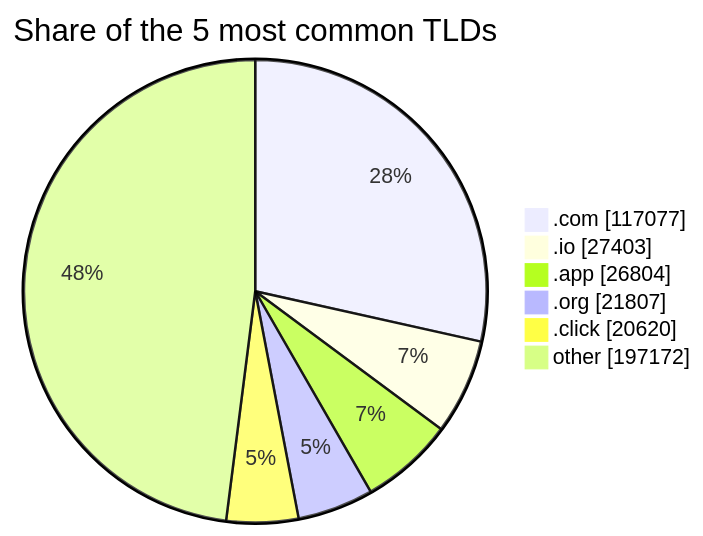
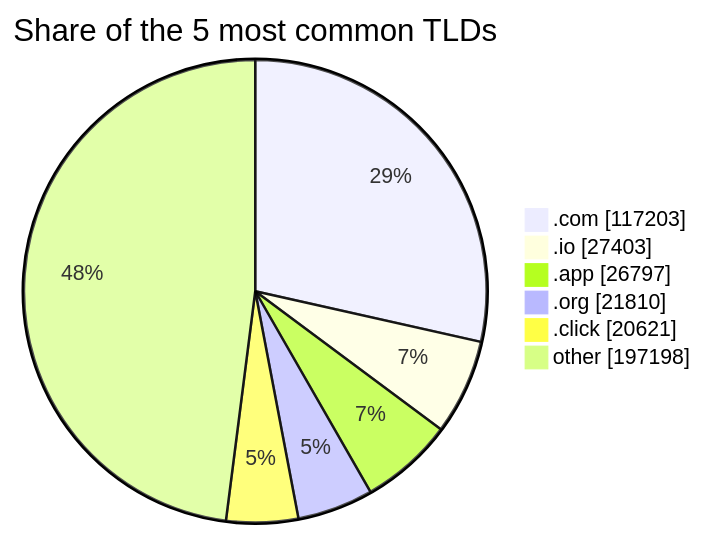
The third of 3 diagrams in README.md (DNSBunker/CTI), drawn with Mermaid before and after one commit. The commit also changed other lines of this file and 3 other files, not shown here.

````diff
--- a/README.md
+++ b/README.md
@@ -81,9 +81,9 @@
 ```mermaid
 pie showData title Share of the 5 most common TLDs
-    ".com" : 117077
+    ".com" : 117203
     ".io" : 27403
-    ".app" : 26804
-    ".org" : 21807
-    ".click" : 20620
-    "other" : 197172
+    ".app" : 26797
+    ".org" : 21810
+    ".click" : 20621
+    "other" : 197198
 ```
````
